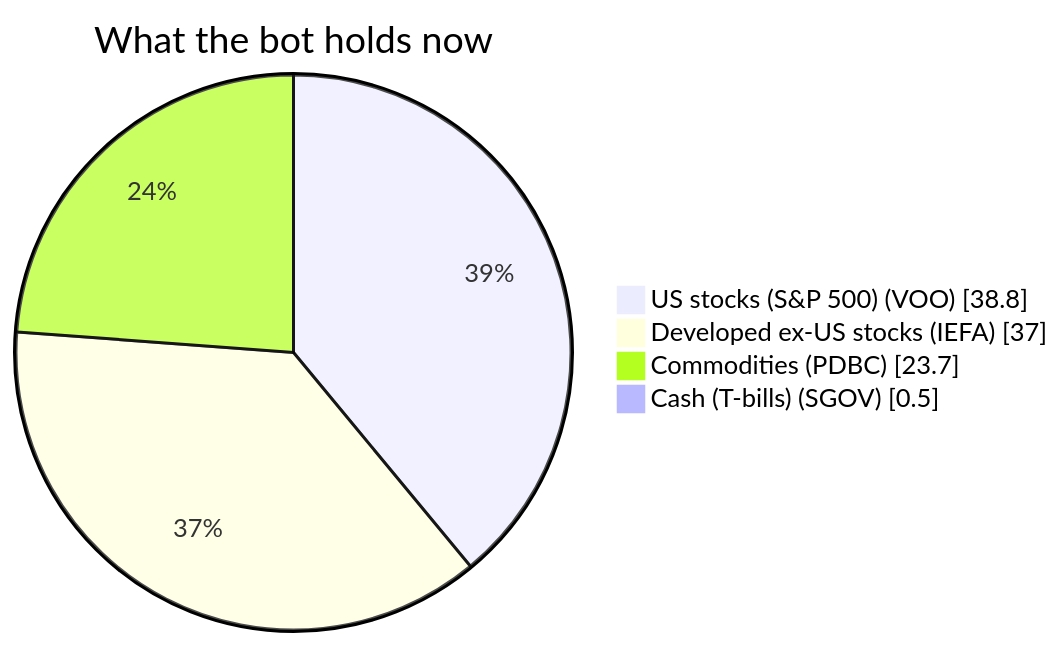
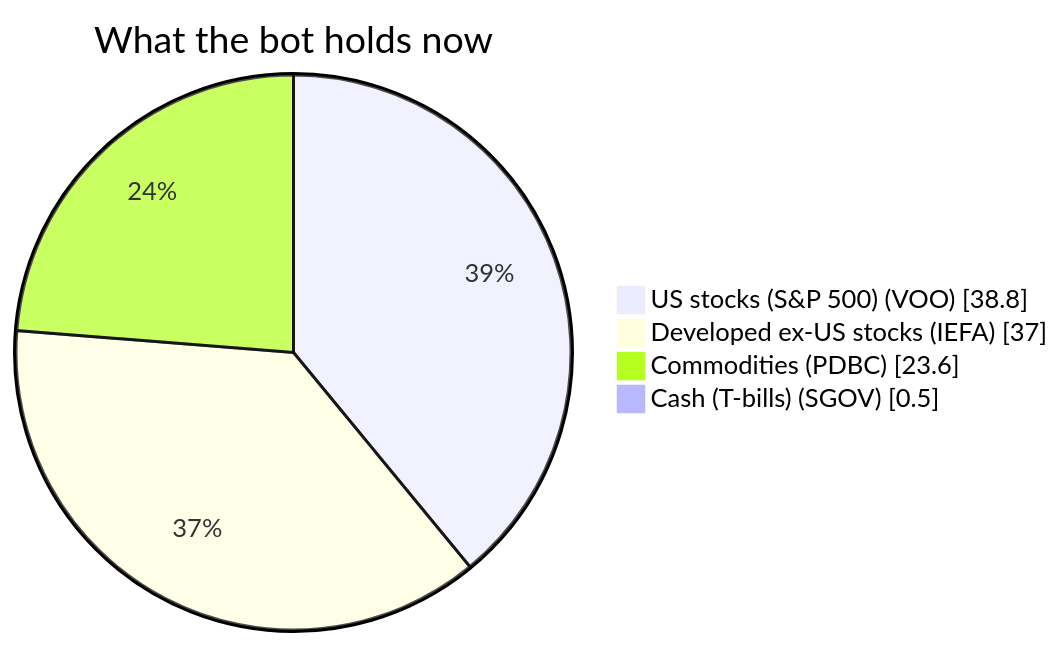
One commit to owlpowell50-creator/trading-bot changed the first of 2 diagrams in 00 - Bot Dashboard.md. Above: the diagram before and after it, drawn with Mermaid. The commit also changed other lines of this file and 13 other files, not shown here.

````diff
--- a/00 - Bot Dashboard.md
+++ b/00 - Bot Dashboard.md
@@ -43,7 +43,7 @@
 ```mermaid
 pie showData title What the bot holds now
     "US stocks (S&P 500) (VOO)" : 38.8
     "Developed ex-US stocks (IEFA)" : 37.0
-    "Commodities (PDBC)" : 23.7
+    "Commodities (PDBC)" : 23.6
     "Cash (T-bills) (SGOV)" : 0.5
 ```
````
